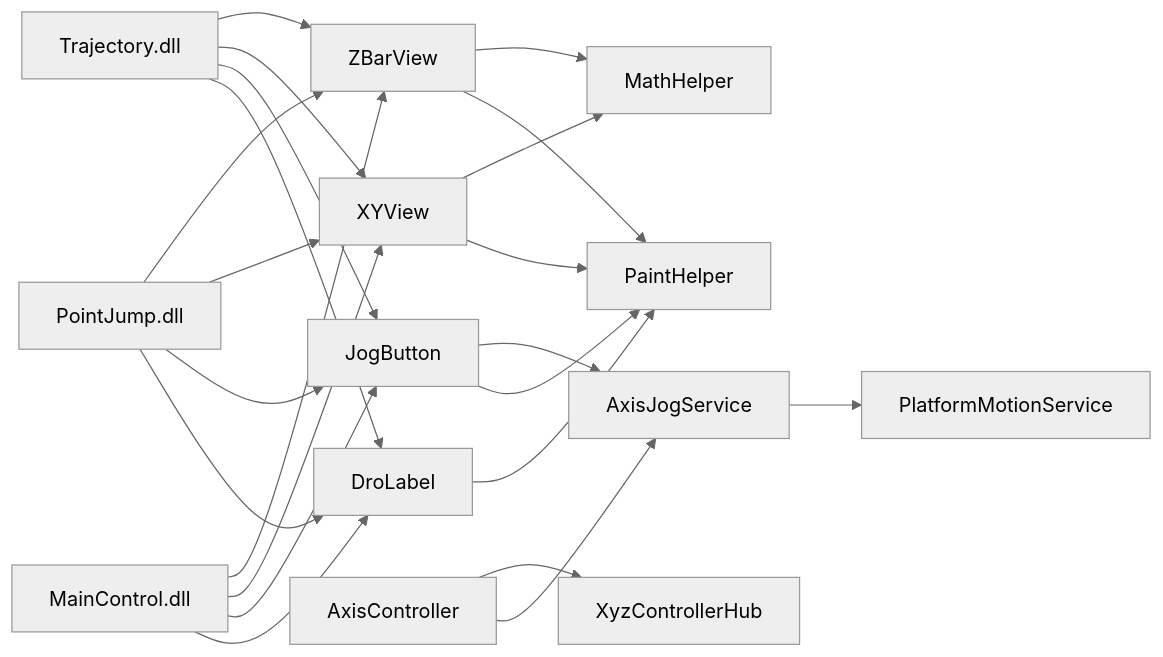
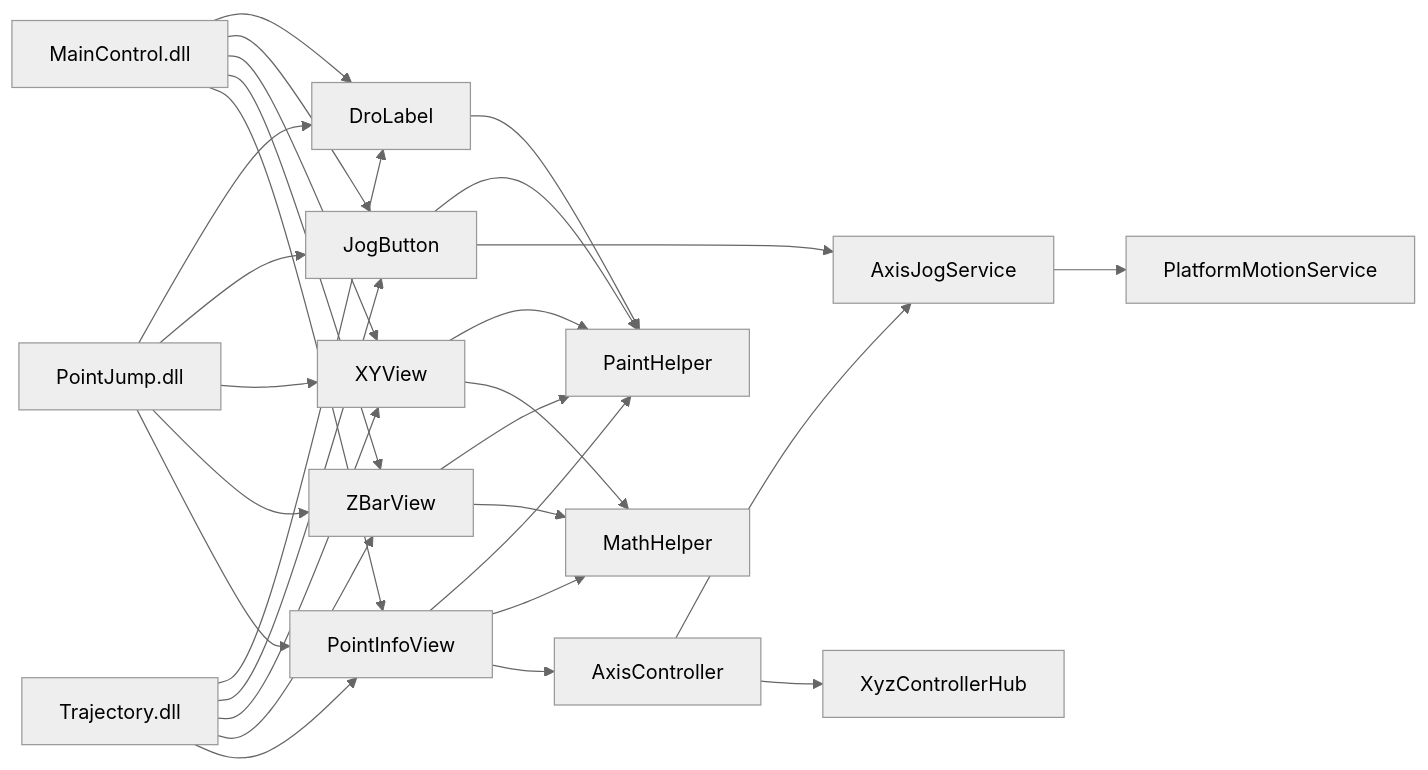
Before and after one commit to fuweiq94-cloud/339918076: the eighth of 8 diagrams in .qoder/repowiki/zh/content/UI控件库/UI控件库.md, drawn with Mermaid (neutral theme). The commit also changed other lines of this file and 75 other files, not shown here.

````diff
--- a/.qoder/repowiki/zh/content/UI控件库/UI控件库.md
+++ b/.qoder/repowiki/zh/content/UI控件库/UI控件库.md
@@ -408,25 +477,31 @@
 ```mermaid
 graph LR
 DL["DroLabel"] --> PH["PaintHelper"]
 JB["JogButton"] --> PH
 XY["XYView"] --> PH
 ZB["ZBarView"] --> PH
+PIV["PointInfoView"] --> PH
 XY --> MH["MathHelper"]
 ZB --> MH
+PIV --> MH
 JB --> AJS["AxisJogService"]
-AC["AxisController"] --> AJS
+PIV --> AC["AxisController"]
+AC --> AJS
 AJS --> PMS["PlatformMotionService"]
 AC --> XH["XyzControllerHub"]
 MC["MainControl.dll"] --> DL
 PJ["PointJump.dll"] --> DL
 TR["Trajectory.dll"] --> DL
 MC --> JB
 PJ --> JB
 TR --> JB
 MC --> XY
 PJ --> XY
 TR --> XY
 MC --> ZB
 PJ --> ZB
 TR --> ZB
+MC --> PIV
+PJ --> PIV
+TR --> PIV
 ```
````
